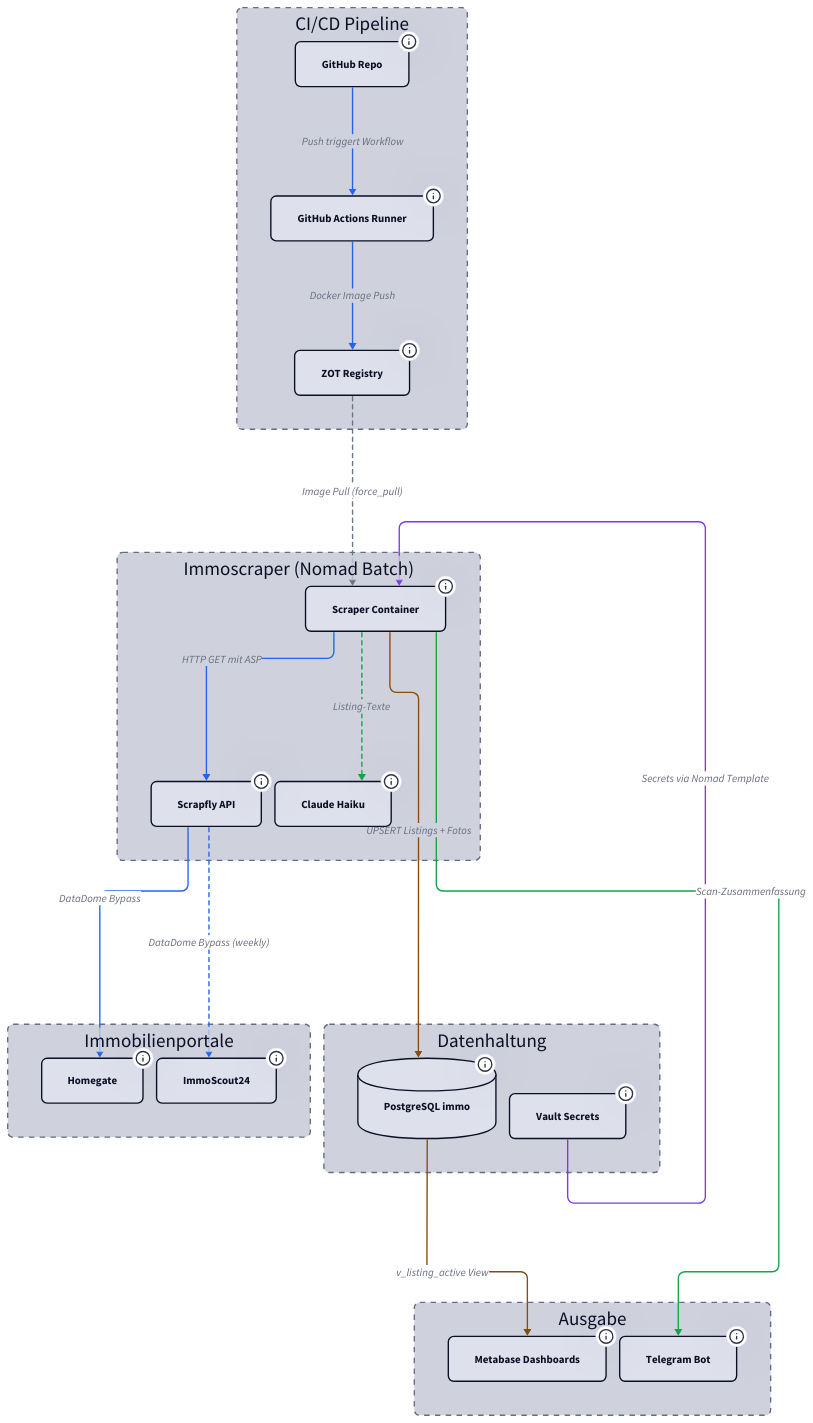
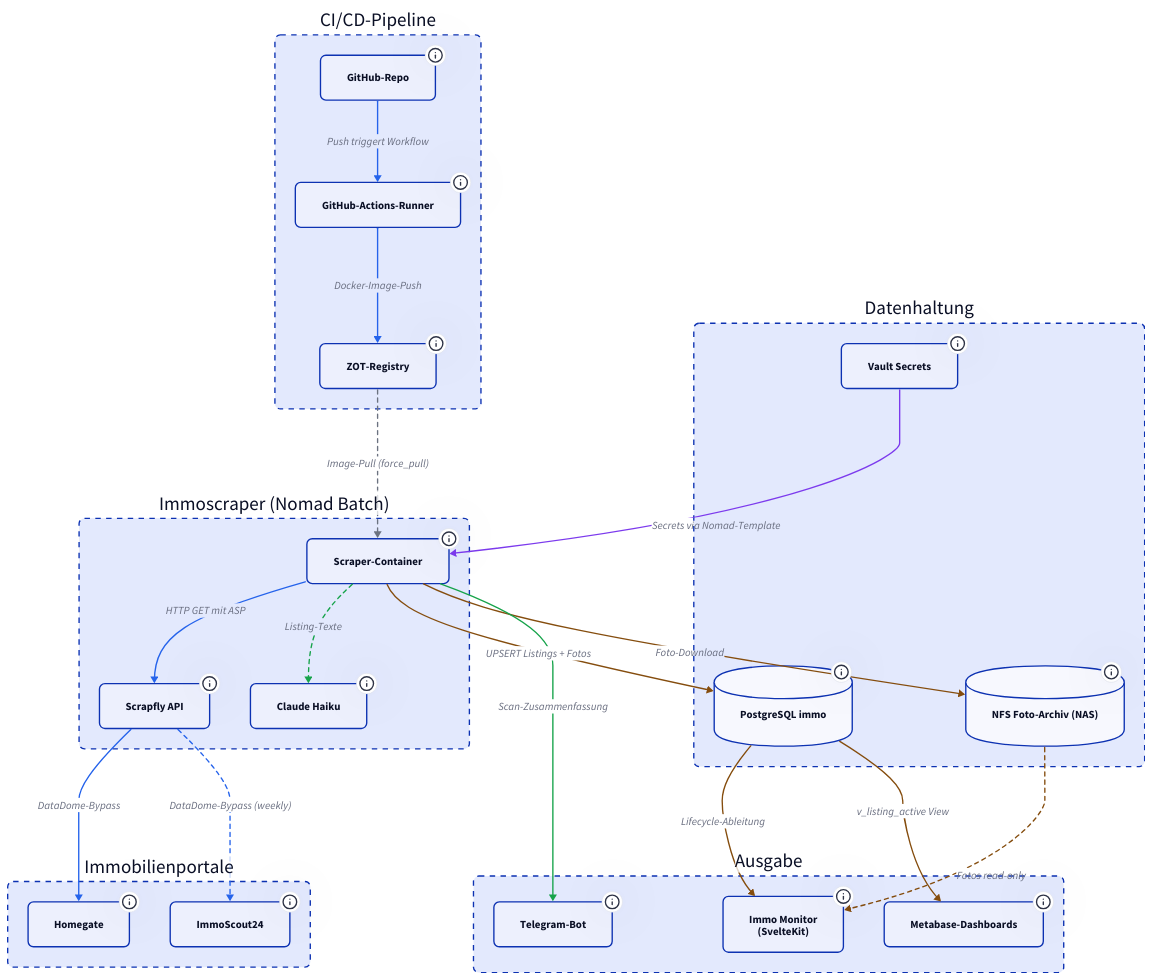
The first of 2 diagrams in docs/immobilien-monitoring/index.md (derever-labs/homelab-wiki), drawn with D2 before and after one commit. The commit also changed other lines of this file and 8 other files, not shown here.

First line of the commit message:
Diagramme fuer TALA ueberarbeiten (Batch B7) (#103)

````diff
--- a/docs/immobilien-monitoring/index.md
+++ b/docs/immobilien-monitoring/index.md
@@ -40,11 +40,4 @@
 ```d2
-vars: {
-  d2-config: {
-    theme-id: 1
-    layout-engine: elk
-  }
-}
-
 classes: {
   node: { style: { border-radius: 8 } }
   container: { style: { border-radius: 8; stroke-dash: 4 } }
@@ -52,37 +45,37 @@
 
 direction: down
 
-ci: CI/CD Pipeline {
+ci: CI/CD-Pipeline {
   class: container
 
-  GH: GitHub Repo {
+  GH: GitHub-Repo {
     class: node
-    tooltip: "derever-labs/homelab-nomad-jobs | Push auf main triggert Build"
+    tooltip: "derever-labs/homelab-nomad-jobs. Push auf main triggert den Build"
   }
-  Runner: GitHub Actions Runner {
+  Runner: GitHub-Actions-Runner {
     class: node
-    tooltip: "Self-Hosted auf Nomad Client | Docker Build + Push"
+    tooltip: "Self-Hosted auf Nomad-Client. Docker Build + Push"
   }
-  ZOT: ZOT Registry {
+  ZOT: ZOT-Registry {
     class: node
-    tooltip: "zot.service.consul:5000 | OCI Image Cache + Custom Images"
+    tooltip: "zot.service.consul:5000. OCI-Image-Cache und eigene Images"
   }
 }
 
 scraper: Immoscraper (Nomad Batch) {
   class: container
 
-  Job: Scraper Container {
+  Job: Scraper-Container {
     class: node
-    tooltip: "node (Alpine) | MODE=scan oder MODE=weekly"
+    tooltip: "MODE=scan oder MODE=weekly"
   }
   SF: Scrapfly API {
     class: node
-    tooltip: "ASP Anti-Bot Bypass | country=de | Discovery Plan 30 USD/Mo"
+    tooltip: "ASP Anti-Bot-Bypass, country=de"
   }
   AI: Claude Haiku {
     class: node
-    tooltip: "KI-Enrichment | Stockwerk, Balkon, Parking, Minergie"
+    tooltip: "KI-Enrichment: Stockwerk, Balkon, Parking, Minergie"
   }
 }
 
@@ -91,11 +84,11 @@
 
   HG: Homegate {
     class: node
-    tooltip: "SMG | 70-75% Marktanteil | DataDome + Cloudflare"
+    tooltip: "SMG-Hauptportal. DataDome + Cloudflare"
   }
   IS24: ImmoScout24 {
     class: node
-    tooltip: "SMG | Wöchentlicher Nebenscan | 96% Überlappung mit HG"
+    tooltip: "SMG. Wöchentlicher Nebenscan"
   }
 }
 
@@ -106,20 +99,28 @@
     shape: cylinder
     tooltip: "listing, listing_photo, amenity, scraper_runs, project"
   }
+  NFS: "NFS Foto-Archiv (NAS)" {
+    shape: cylinder
+    tooltip: "Lokale Foto-Kopien, unabhängig von ablaufenden CDN-URLs"
+  }
   Vault: Vault Secrets {
     class: node
-    tooltip: "kv/data/immoscraper | DB Password, Scrapfly Key, Claude Key"
+    tooltip: "kv/data/immoscraper: DB-Passwort, Scrapfly-Key, Claude-Key"
   }
 }
 
 output: Ausgabe {
   class: container
 
-  MB: Metabase Dashboards {
+  IM: "Immo Monitor\n(SvelteKit)" {
     class: node
-    tooltip: "Active Listings, New Today, Market Analytics, Price Drops"
+    tooltip: "Bedienoberfläche: Inserate, Karte, Marktanalyse"
   }
-  TG: Telegram Bot {
+  MB: Metabase-Dashboards {
+    class: node
+    tooltip: "BI-Dashboards auf denselben Daten"
+  }
+  TG: Telegram-Bot {
     class: node
     tooltip: "Scan-Zusammenfassung nach jedem Lauf"
   }
@@ -128,25 +129,25 @@
 ci.GH -> ci.Runner: Push triggert Workflow {
   style.stroke: "#2563eb"
 }
-ci.Runner -> ci.ZOT: Docker Image Push {
+ci.Runner -> ci.ZOT: Docker-Image-Push {
   style.stroke: "#2563eb"
 }
-ci.ZOT -> scraper.Job: Image Pull (force_pull) {
+ci.ZOT -> scraper.Job: Image-Pull (force_pull) {
   style.stroke: "#6b7280"
   style.stroke-dash: 3
 }
 
-daten.Vault -> scraper.Job: Secrets via Nomad Template {
+daten.Vault -> scraper.Job: Secrets via Nomad-Template {
   style.stroke: "#7c3aed"
 }
 
 scraper.Job -> scraper.SF: HTTP GET mit ASP {
   style.stroke: "#2563eb"
 }
-scraper.SF -> portale.HG: DataDome Bypass {
+scraper.SF -> portale.HG: DataDome-Bypass {
   style.stroke: "#2563eb"
 }
-scraper.SF -> portale.IS24: DataDome Bypass (weekly) {
+scraper.SF -> portale.IS24: DataDome-Bypass (weekly) {
   style.stroke: "#2563eb"
   style.stroke-dash: 3
 }
@@ -157,7 +158,17 @@
 scraper.Job -> daten.PG: UPSERT Listings + Fotos {
   style.stroke: "#854d0e"
 }
+scraper.Job -> daten.NFS: Foto-Download {
+  style.stroke: "#854d0e"
+}
 
+daten.PG -> output.IM: Lifecycle-Ableitung {
+  style.stroke: "#854d0e"
+}
+daten.NFS -> output.IM: Fotos read-only {
+  style.stroke: "#854d0e"
+  style.stroke-dash: 3
+}
 daten.PG -> output.MB: v_listing_active View {
   style.stroke: "#854d0e"
 }
````
